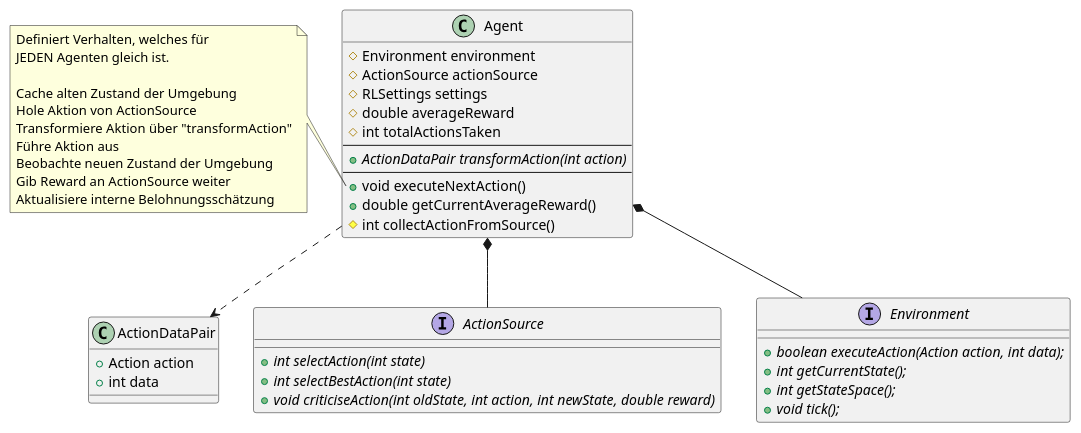
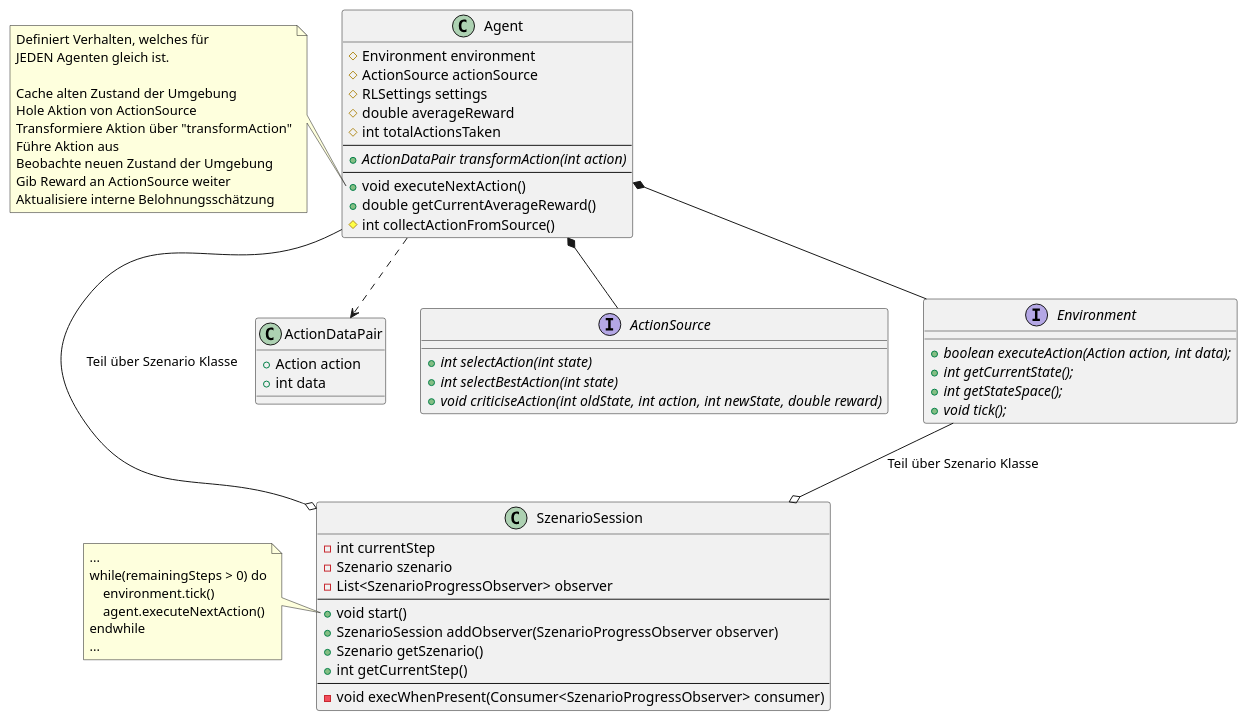
Before and after one commit to jatsqi/ASE-Reinforcement-Learning: the diagram in uml/openClosedPositive.puml, drawn with PlantUML. The commit also changed 3 other files, not shown here.

Commit message:
Add Dependency Inversion UML and update Documentation.

```diff
--- a/uml/openClosedPositive.puml
+++ b/uml/openClosedPositive.puml
@@ -1,53 +1,77 @@
 @startuml
 'https://plantuml.com/class-diagram
 
 class Agent {
     #Environment environment
     #ActionSource actionSource
     #RLSettings settings
     #double averageReward
     #int totalActionsTaken
     --
     +{abstract} ActionDataPair transformAction(int action)
     ---
     +void executeNextAction()
     +double getCurrentAverageReward()
     #int collectActionFromSource()
 }
 
 class ActionDataPair {
     +Action action
     +int data
 }
 
 interface ActionSource {
     +{abstract}int selectAction(int state)
     +{abstract}int selectBestAction(int state)
     +{abstract}void criticiseAction(int oldState, int action, int newState, double reward)
 }
 
 interface Environment {
     +{abstract}boolean executeAction(Action action, int data);
     +{abstract}int getCurrentState();
     +{abstract}int getStateSpace();
     +{abstract}void tick();
 }
 
+class SzenarioSession {
+-int currentStep
+-Szenario szenario
+-List<SzenarioProgressObserver> observer
+--
++void start()
++SzenarioSession addObserver(SzenarioProgressObserver observer)
++Szenario getSzenario()
++int getCurrentStep()
+--
+-void execWhenPresent(Consumer<SzenarioProgressObserver> consumer)
+}
+
+note left of SzenarioSession::start
+    ...
+    while(remainingSteps > 0) do
+        environment.tick()
+        agent.executeNextAction()
+    endwhile
+    ...
+end note
+
 note left of Agent::executeNextAction
     Definiert Verhalten, welches für
     JEDEN Agenten gleich ist.
 
     Cache alten Zustand der Umgebung
     Hole Aktion von ActionSource
     Transformiere Aktion über "transformAction"
     Führe Aktion aus
     Beobachte neuen Zustand der Umgebung
     Gib Reward an ActionSource weiter
     Aktualisiere interne Belohnungsschätzung
 end note
 
+Environment --o SzenarioSession : Teil über Szenario Klasse
+Agent --o SzenarioSession : Teil über Szenario Klasse
 Agent ..> ActionDataPair
 Agent *-- Environment
 Agent *-- ActionSource
 
 @enduml
```
